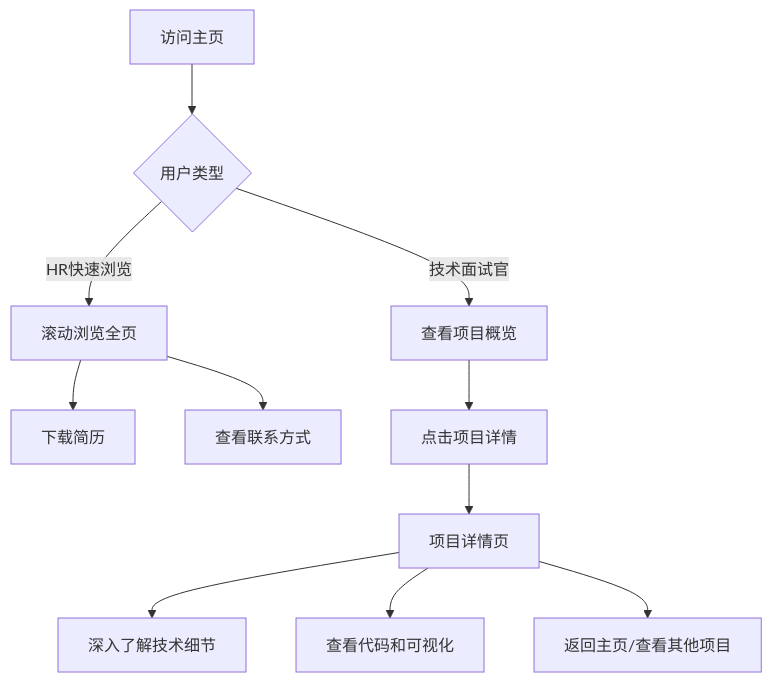
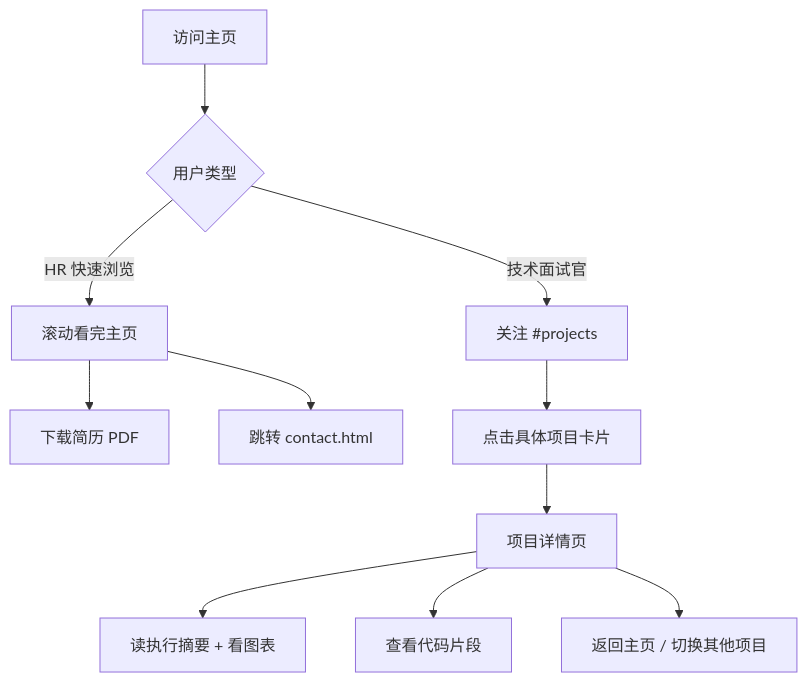
Before and after one commit to JuyeXiao/JuyeXiao.github.io: the diagram in prd需求.md, drawn with Mermaid. The commit also changed other lines of this file and 3 other files, not shown here.

````diff
--- a/prd需求.md
+++ b/prd需求.md
@@ -137,15 +129,15 @@
 ```mermaid
 graph TD
     A[访问主页] --> B{用户类型}
-    B -->|HR快速浏览| C[滚动浏览全页]
-    B -->|技术面试官| D[查看项目概览]
-    
-    C --> E[下载简历]
-    C --> F[查看联系方式]
-    
-    D --> G[点击项目详情]
+    B -->|HR 快速浏览| C[滚动看完主页]
+    B -->|技术面试官| D[关注 #projects]
+
+    C --> E[下载简历 PDF]
+    C --> F[跳转 contact.html]
+
+    D --> G[点击具体项目卡片]
     G --> H[项目详情页]
-    H --> I[深入了解技术细节]
-    H --> J[查看代码和可视化]
-    H --> K[返回主页/查看其他项目]
+    H --> I[读执行摘要 + 看图表]
+    H --> J[查看代码片段]
+    H --> K[返回主页 / 切换其他项目]
 ```
````
